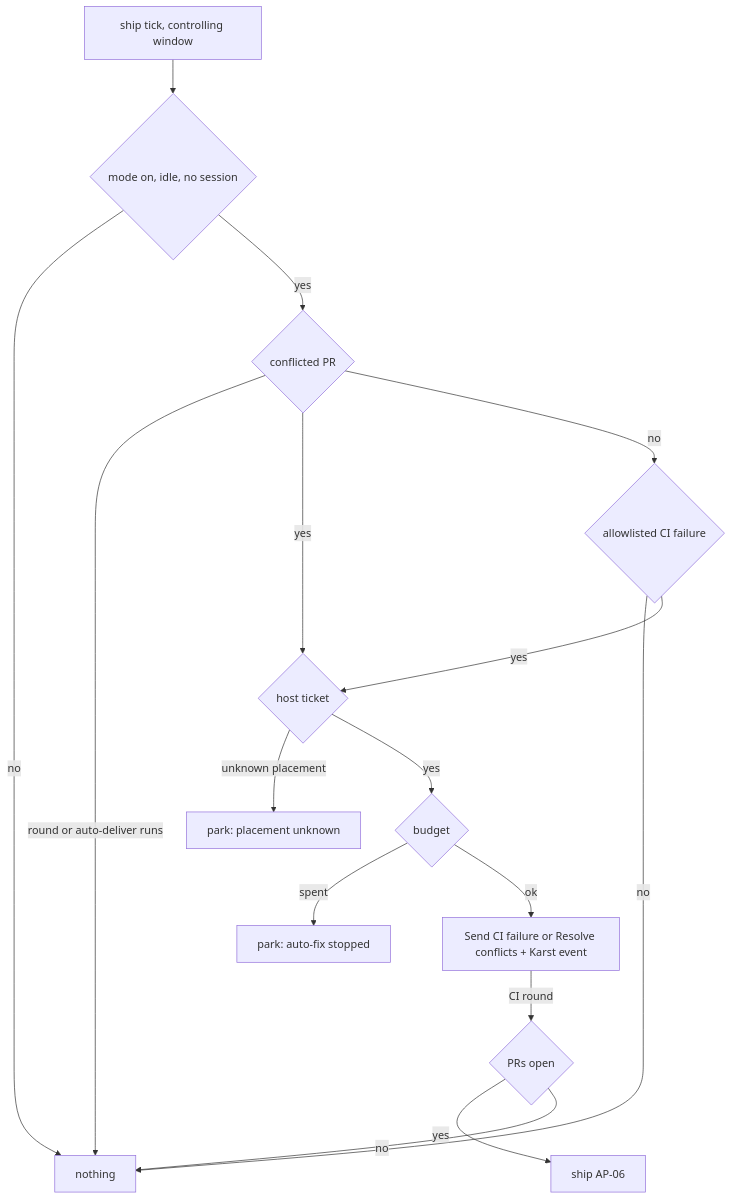
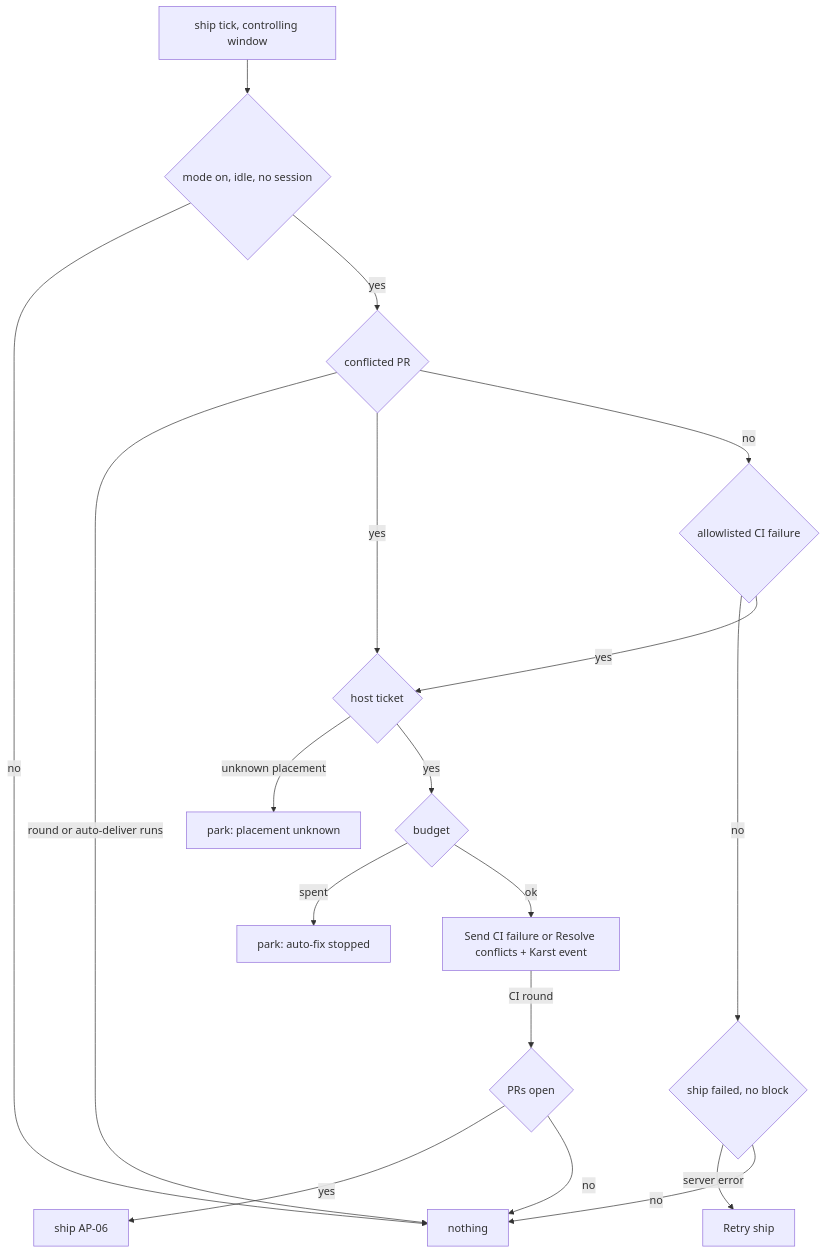
One commit to AndrewHaluza/karst changed the diagram in docs/arch/autopilot.md. Above: the diagram before and after it, drawn with Mermaid. The commit also changed other lines of this file and 3 other files, not shown here.

Commit message:
docs(arch): rule for the Autopilot ship retry after a GitHub server error

````diff
--- a/docs/arch/autopilot.md
+++ b/docs/arch/autopilot.md
@@ -24,18 +24,20 @@
 ```mermaid
 flowchart TD
   T[ship tick, controlling window] --> G{mode on, idle, no session}
   G -->|no| X[nothing]
   G -->|yes| C{conflicted PR}
   C -->|round or auto-deliver runs| X
   C -->|yes| H
   C -->|no| P{allowlisted CI failure}
-  P -->|no| X
+  P -->|no| F{ship failed, no block}
+  F -->|server error| N2[Retry ship]
+  F -->|no| X
   P -->|yes| H{host ticket}
   H -->|unknown placement| Q[park: placement unknown]
   H -->|yes| B{budget}
   B -->|spent| W[park: auto-fix stopped]
   B -->|ok| N[Send CI failure or Resolve conflicts + Karst event]
   N -->|CI round| E{PRs open}
   E -->|yes| S[ship AP-06]
   E -->|no| X
 ```
````
